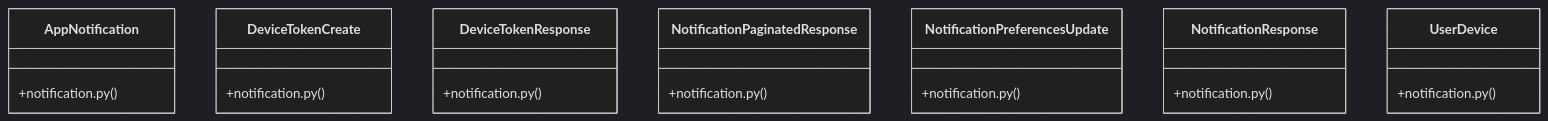
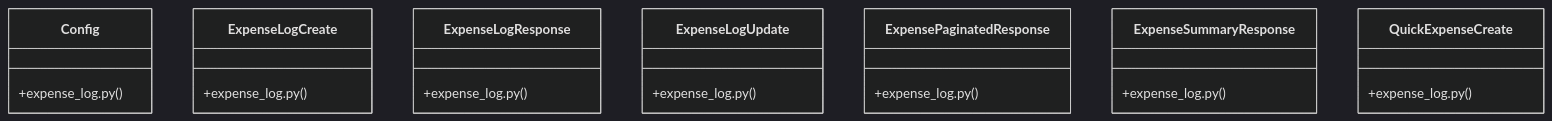
The diagram in src/graphify-out/wiki/Community_14.md (IHKodifier/veltrics), drawn with Mermaid (dark theme) before and after one commit. The commit also changed other lines of this file and 97 other files, not shown here.

Commit message:
graphify updated anad manual testing guide brought up to sprint

````diff
--- a/src/graphify-out/wiki/Community_14.md
+++ b/src/graphify-out/wiki/Community_14.md
@@ -36,24 +36,24 @@
 ```mermaid
 classDiagram
-    class AppNotification {
-        +notification.py()
+    class Config {
+        +expense_log.py()
     }
-    class DeviceTokenCreate {
-        +notification.py()
+    class ExpenseLogCreate {
+        +expense_log.py()
     }
-    class DeviceTokenResponse {
-        +notification.py()
+    class ExpenseLogResponse {
+        +expense_log.py()
     }
-    class NotificationPaginatedResponse {
-        +notification.py()
+    class ExpenseLogUpdate {
+        +expense_log.py()
     }
-    class NotificationPreferencesUpdate {
-        +notification.py()
+    class ExpensePaginatedResponse {
+        +expense_log.py()
     }
-    class NotificationResponse {
-        +notification.py()
+    class ExpenseSummaryResponse {
+        +expense_log.py()
     }
-    class UserDevice {
-        +notification.py()
+    class QuickExpenseCreate {
+        +expense_log.py()
     }
 ```
````
